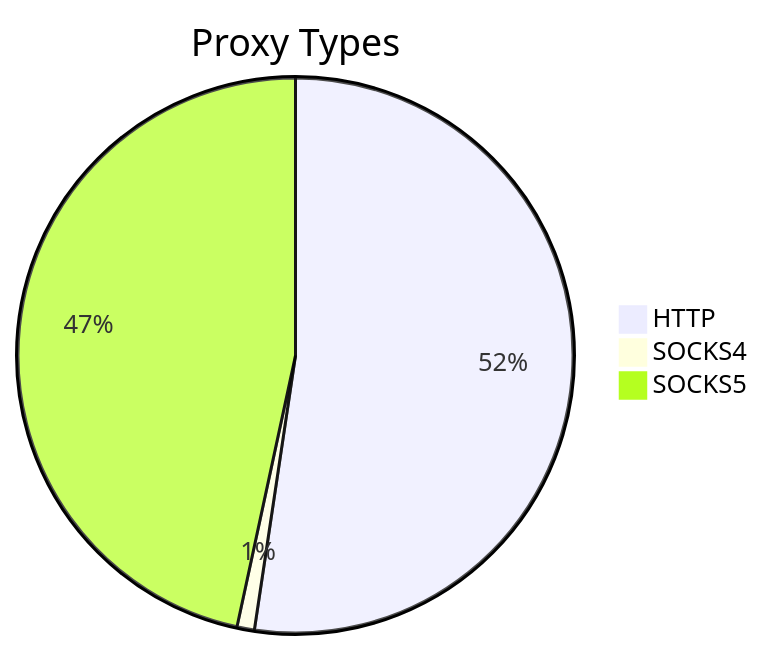
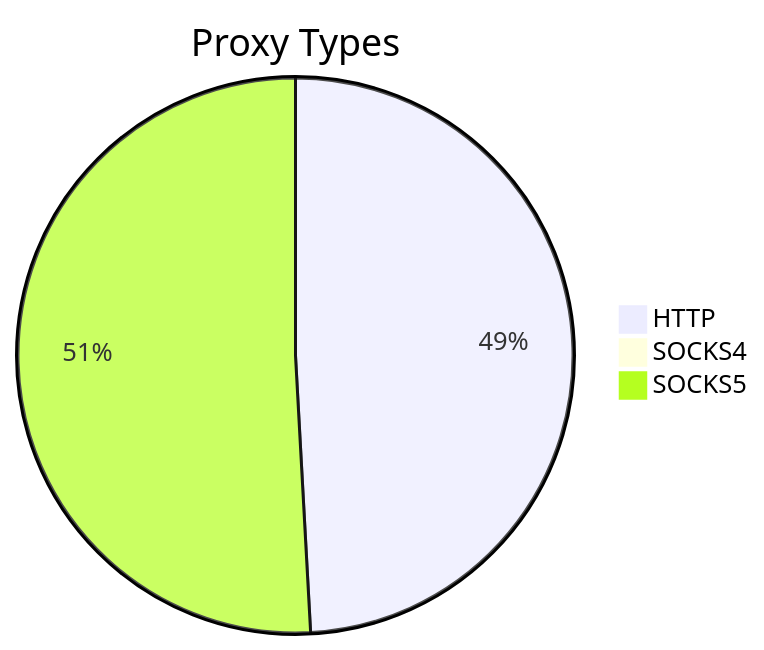
The first of 2 diagrams in README.md (stormsia/proxy-list), drawn with Mermaid before and after one commit. The commit also changed other lines of this file, not shown here.

````diff
--- a/README.md
+++ b/README.md
@@ -21,6 +21,6 @@
 ```mermaid
 pie title Proxy Types
-    "HTTP" : 2067
-    "SOCKS4" : 40
-    "SOCKS5" : 1840
+    "HTTP" : 2035
+    "SOCKS4" : 26
+    "SOCKS5" : 2107
 ```
````
